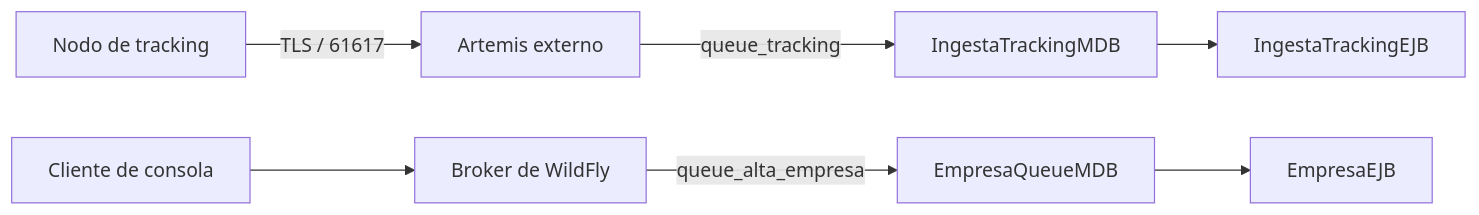
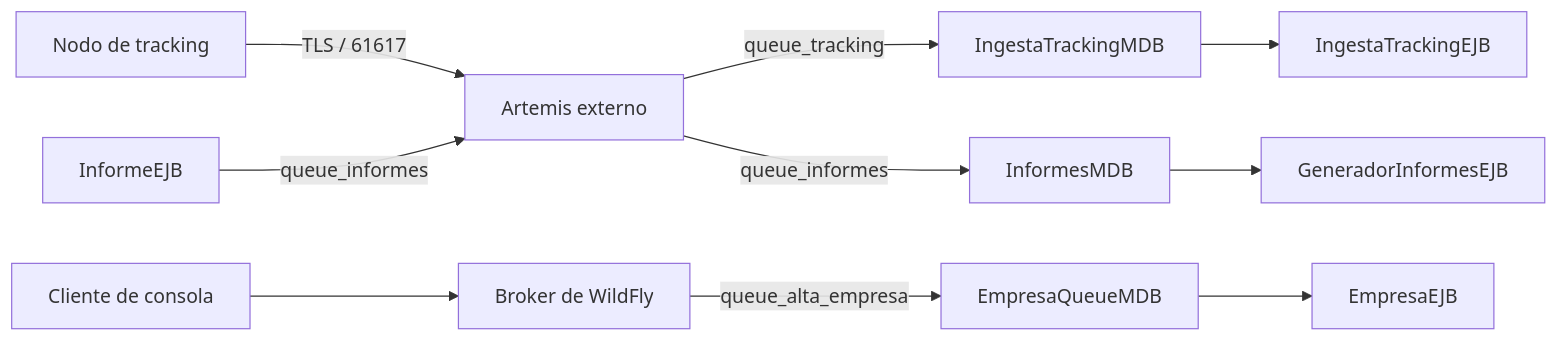
One commit to LucasLazogue/TSE-carga-uy changed the diagram in docs/mensajeria.md. Above: the diagram before and after it, drawn with Mermaid. The commit also changed other lines of this file and 55 other files, not shown here.

````diff
--- a/docs/mensajeria.md
+++ b/docs/mensajeria.md
@@ -16,9 +17,12 @@
 ```mermaid
 flowchart LR
     N[Nodo de tracking] -->|TLS / 61617| A[Artemis externo]
     A -->|queue_tracking| T[IngestaTrackingMDB]
     T --> I[IngestaTrackingEJB]
+    R[InformeEJB] -->|queue_informes| A
+    A -->|queue_informes| M[InformesMDB]
+    M --> G[GeneradorInformesEJB]
     C[Cliente de consola] --> W[Broker de WildFly]
     W -->|queue_alta_empresa| E[EmpresaQueueMDB]
     E --> B[EmpresaEJB]
 ```
````
